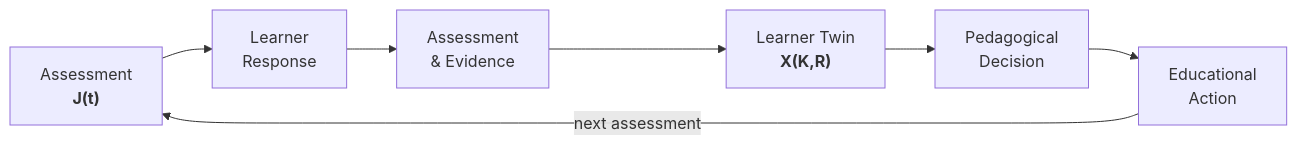
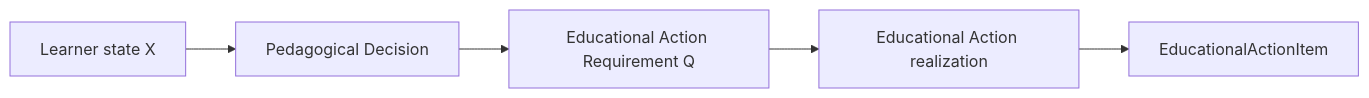
The third of 7 diagrams in content/architecture.md (thatao72/three-twin-docs), drawn with Mermaid before and after one commit. The commit also changed other lines of this file, not shown here.

Commit message:
Align architecture docs with current Q EA JT and assessment model

````diff
--- a/content/architecture.md
+++ b/content/architecture.md
@@ -106,17 +234,10 @@
 ```mermaid
 flowchart LR
+    X["Learner state X"]
+    PD["Pedagogical Decision"]
+    Q["Educational Action Requirement Q"]
+    EA["Educational Action realization"]
+    I["EducationalActionItem"]
 
-    J["Assessment<br/><b>J(t)</b>"]
-    A["Learner<br/>Response"]
-    E["Assessment<br/>& Evidence"]
-    L["Learner Twin<br/><b>X(K,R)</b>"]
-    PD["Pedagogical<br/>Decision"]
-    EA["Educational<br/>Action"]
-
-    J --> A
-    A --> E
-    E --> L
-    L --> PD
-    PD --> EA
-    EA -->|"next assessment"| J
+    X --> PD --> Q --> EA --> I
 ```
````
